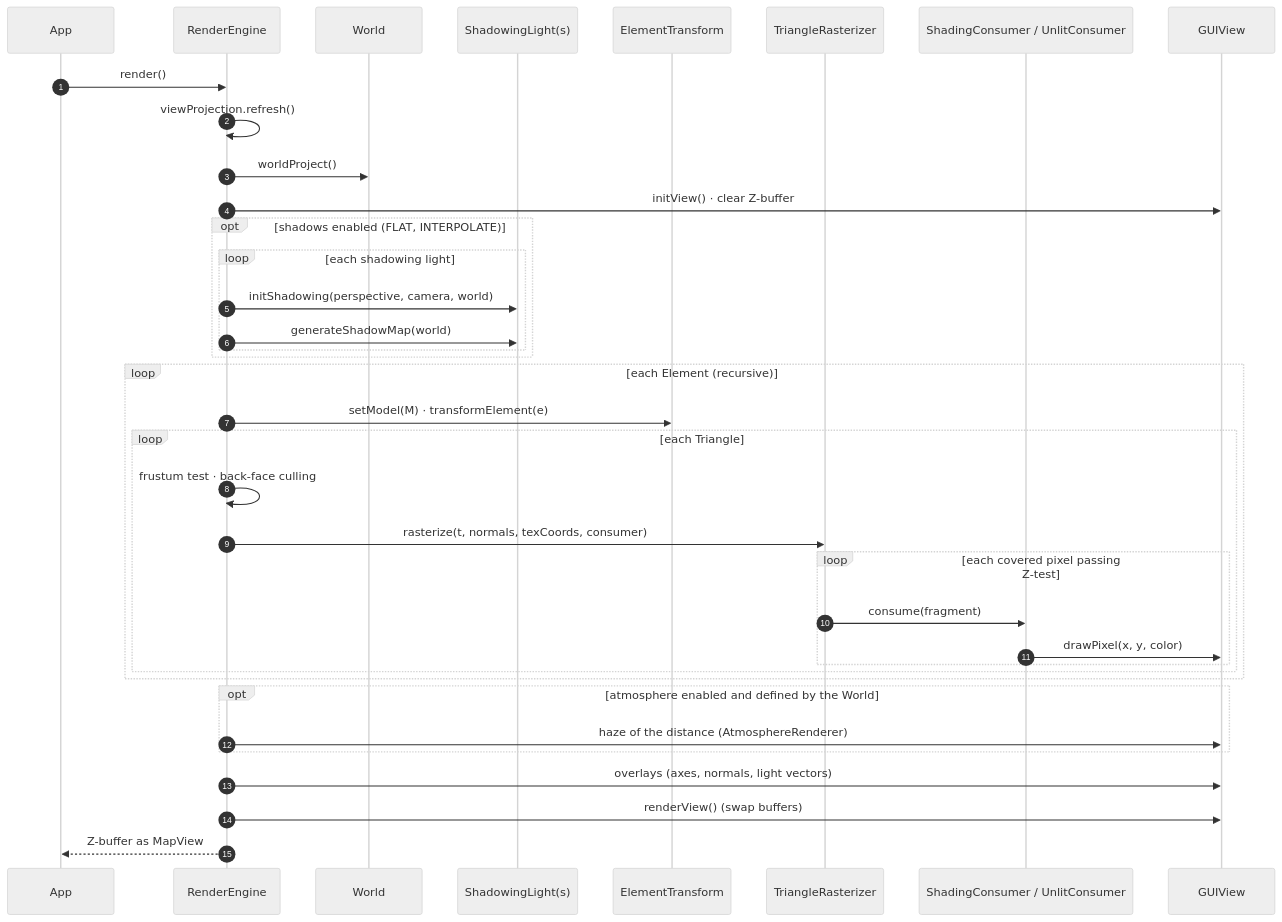
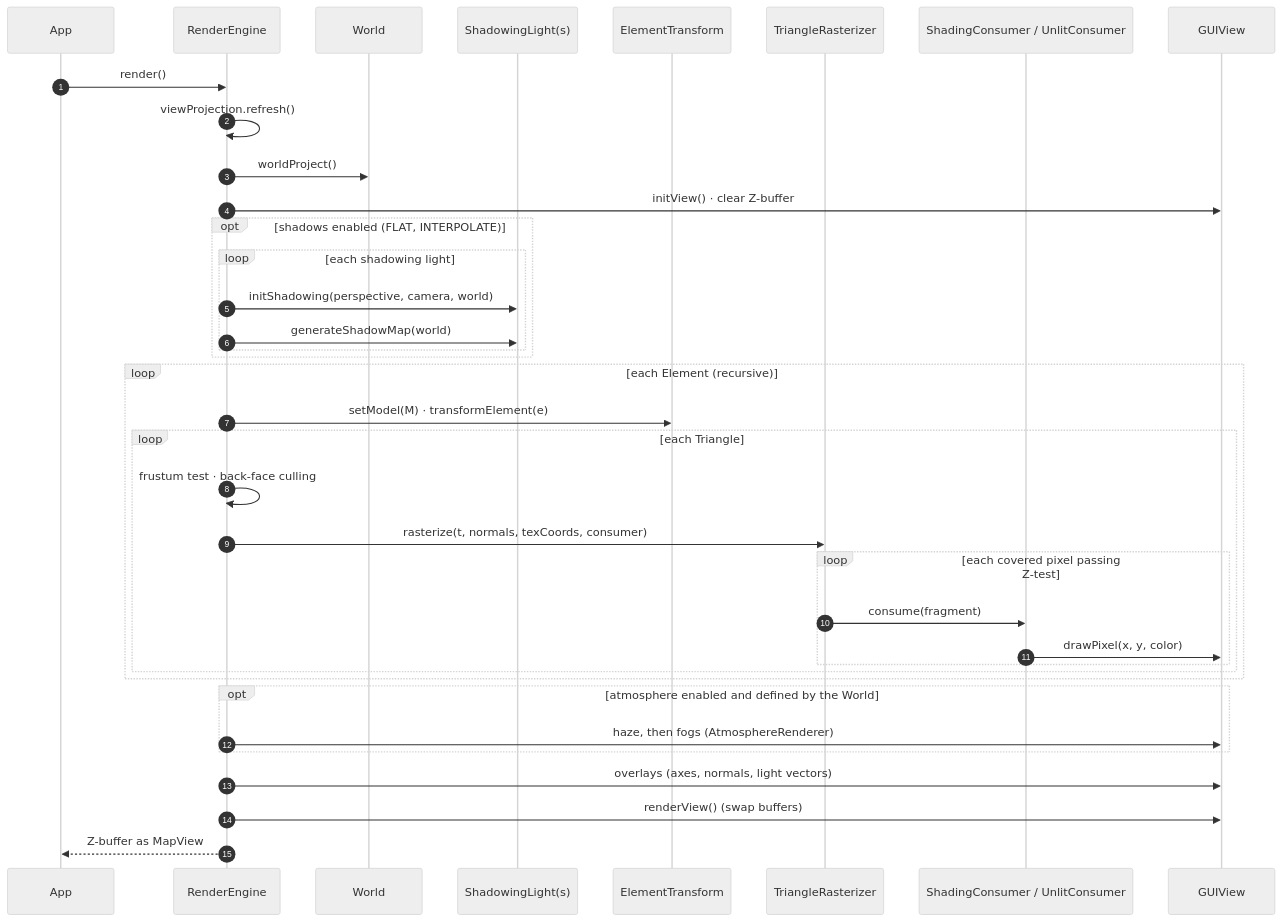
The eighth of 22 diagrams in docs/DESIGN.md (obarry/Aventura), drawn with Mermaid (neutral theme) before and after one commit. The commit also changed other lines of this file and 35 other files, not shown here.

````diff
--- a/docs/DESIGN.md
+++ b/docs/DESIGN.md
@@ -267,40 +269,40 @@
 ```mermaid
 sequenceDiagram
     autonumber
     participant App
     participant RE as RenderEngine
     participant W as World
     participant SL as ShadowingLight(s)
     participant ET as ElementTransform
     participant TR as TriangleRasterizer
     participant SC as ShadingConsumer / UnlitConsumer
     participant V as GUIView
 
     App->>RE: render()
     RE->>RE: viewProjection.refresh()
     RE->>W: worldProject()
     RE->>V: initView() · clear Z-buffer
     opt shadows enabled (FLAT, INTERPOLATE)
         loop each shadowing light
             RE->>SL: initShadowing(perspective, camera, world)
             RE->>SL: generateShadowMap(world)
         end
     end
     loop each Element (recursive)
         RE->>ET: setModel(M) · transformElement(e)
         loop each Triangle
             RE->>RE: frustum test · back-face culling
             RE->>TR: rasterize(t, normals, texCoords, consumer)
             loop each covered pixel passing Z-test
                 TR->>SC: consume(fragment)
                 SC->>V: drawPixel(x, y, color)
             end
         end
     end
     opt atmosphere enabled and defined by the World
-        RE->>V: haze of the distance (AtmosphereRenderer)
+        RE->>V: haze, then fogs (AtmosphereRenderer)
     end
     RE->>V: overlays (axes, normals, light vectors)
     RE->>V: renderView()  (swap buffers)
     RE-->>App: Z-buffer as MapView
 ```
````
